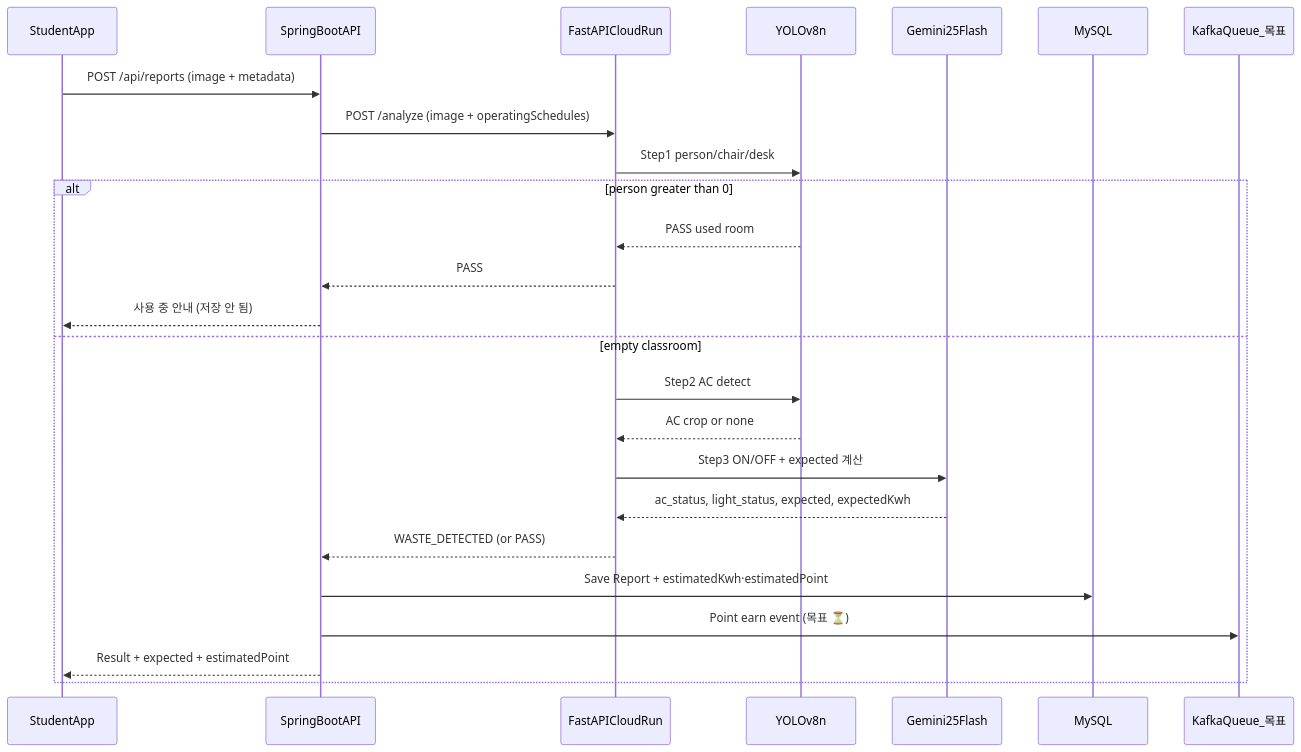
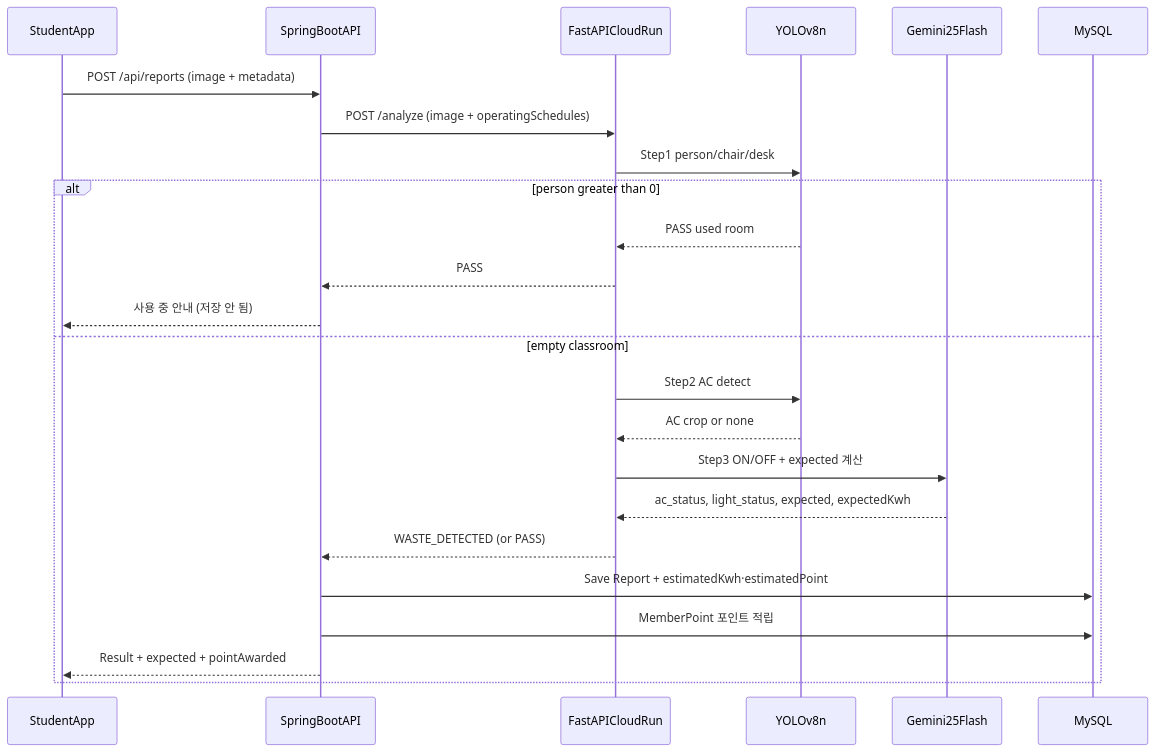
The second of 4 diagrams in docs/최종 제안서/6_시스템구조.md (ravenkim/sundry_study), drawn with Mermaid before and after one commit. The commit also changed other lines of this file and 10 other files, not shown here.

````diff
--- a/docs/최종 제안서/6_시스템구조.md
+++ b/docs/최종 제안서/6_시스템구조.md
@@ -89,28 +85,27 @@
 ```mermaid
 sequenceDiagram
   participant Client as StudentApp
   participant BE as SpringBootAPI
   participant AI as FastAPICloudRun
   participant YOLO as YOLOv8n
   participant Gemini as Gemini25Flash
   participant DB as MySQL
-  participant Kafka as KafkaQueue_목표
 
   Client->>BE: POST /api/reports (image + metadata)
   BE->>AI: POST /analyze (image + operatingSchedules)
   AI->>YOLO: Step1 person/chair/desk
   alt person greater than 0
     YOLO-->>AI: PASS used room
     AI-->>BE: PASS
     BE-->>Client: 사용 중 안내 (저장 안 됨)
   else empty classroom
     AI->>YOLO: Step2 AC detect
     YOLO-->>AI: AC crop or none
     AI->>Gemini: Step3 ON/OFF + expected 계산
     Gemini-->>AI: ac_status, light_status, expected, expectedKwh
     AI-->>BE: WASTE_DETECTED (or PASS)
     BE->>DB: Save Report + estimatedKwh·estimatedPoint
-    BE->>Kafka: Point earn event (목표 ⏳)
-    BE-->>Client: Result + expected + estimatedPoint
+    BE->>DB: MemberPoint 포인트 적립
+    BE-->>Client: Result + expected + pointAwarded
   end
 ```
````
